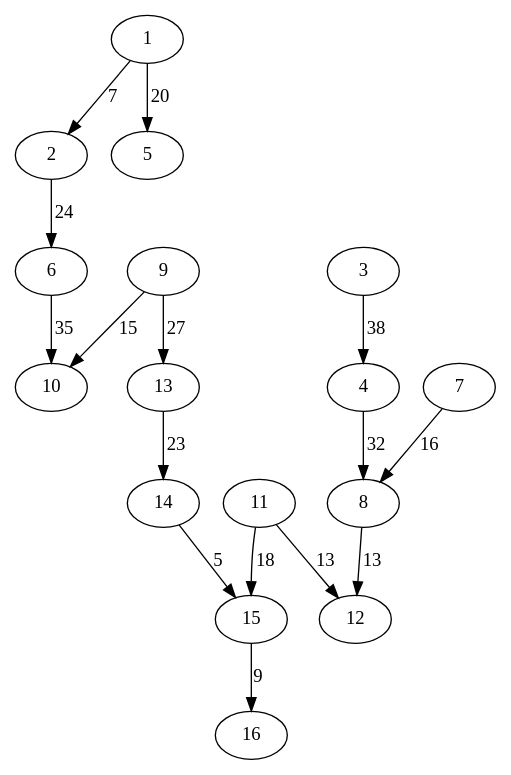
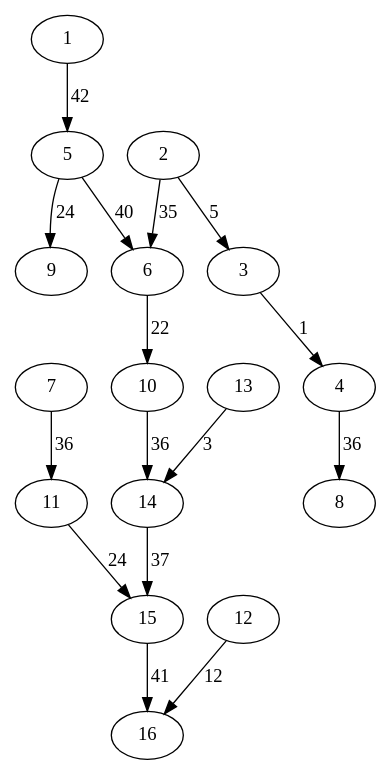
Before and after one commit to stormKx18/cic_algoritmos_proyecto4_Christian_Jaime: the diagram in graphviz/grafoMalla_m_4_n_4_KruskalI.gv, drawn with Graphviz. The commit also changed 19 other files, not shown here.

```diff
--- a/graphviz/grafoMalla_m_4_n_4_KruskalI.gv
+++ b/graphviz/grafoMalla_m_4_n_4_KruskalI.gv
@@ -1,33 +1,33 @@
 digraph grafoMalla_m_4_n_4_KruskalI {
 1;
 2;
 3;
 4;
 5;
 6;
 7;
 8;
 9;
 10;
 11;
 12;
 13;
 14;
 15;
 16;
-3 -> 4[label=38 weight=38];
-6 -> 10[label=35 weight=35];
-4 -> 8[label=32 weight=32];
-9 -> 13[label=27 weight=27];
-2 -> 6[label=24 weight=24];
-13 -> 14[label=23 weight=23];
-1 -> 5[label=20 weight=20];
-11 -> 15[label=18 weight=18];
-7 -> 8[label=16 weight=16];
-9 -> 10[label=15 weight=15];
-11 -> 12[label=13 weight=13];
-8 -> 12[label=13 weight=13];
-15 -> 16[label=9 weight=9];
-1 -> 2[label=7 weight=7];
-14 -> 15[label=5 weight=5];
+1 -> 5[label=42 weight=42];
+15 -> 16[label=41 weight=41];
+5 -> 6[label=40 weight=40];
+14 -> 15[label=37 weight=37];
+10 -> 14[label=36 weight=36];
+4 -> 8[label=36 weight=36];
+7 -> 11[label=36 weight=36];
+2 -> 6[label=35 weight=35];
+11 -> 15[label=24 weight=24];
+5 -> 9[label=24 weight=24];
+6 -> 10[label=22 weight=22];
+12 -> 16[label=12 weight=12];
+2 -> 3[label=5 weight=5];
+13 -> 14[label=3 weight=3];
+3 -> 4[label=1 weight=1];
 }
```
